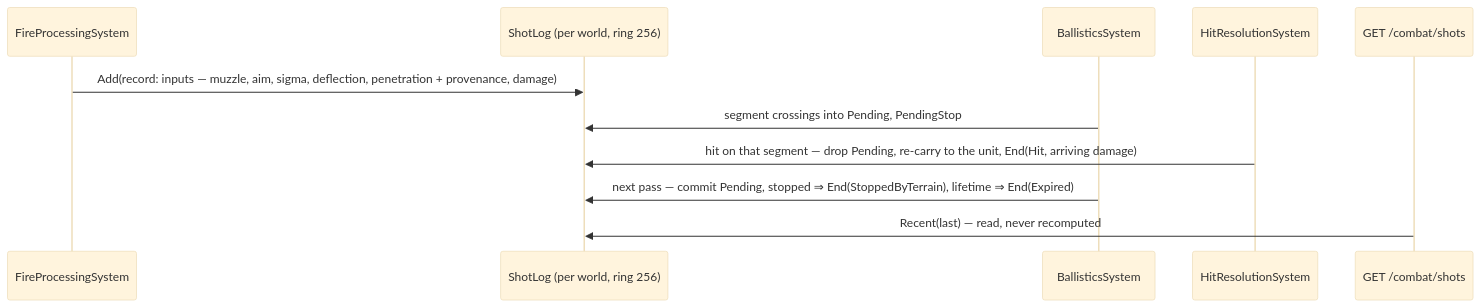
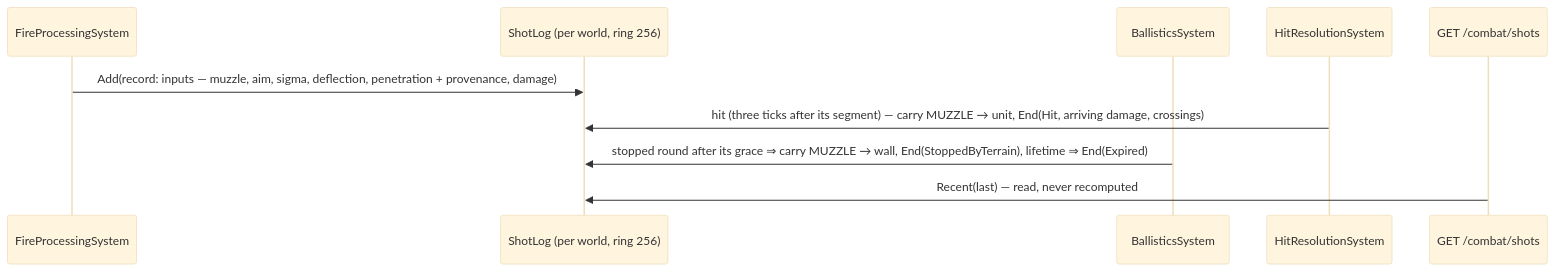
One commit to pjanec/HROT changed the seventh of 7 diagrams in docs/DESIGN_Terrain_Combat_Tuning.md. Above: the diagram before and after it, drawn with Mermaid (base theme). The commit also changed other lines of this file and 10 other files, not shown here.

````diff
--- a/docs/DESIGN_Terrain_Combat_Tuning.md
+++ b/docs/DESIGN_Terrain_Combat_Tuning.md
@@ -291,13 +291,12 @@
 ```mermaid
 sequenceDiagram
     participant F as FireProcessingSystem
     participant L as ShotLog (per world, ring 256)
     participant B as BallisticsSystem
     participant H as HitResolutionSystem
     participant API as GET /combat/shots
     F->>L: Add(record: inputs — muzzle, aim, sigma, deflection, penetration + provenance, damage)
-    B->>L: segment crossings into Pending, PendingStop
-    H->>L: hit on that segment — drop Pending, re-carry to the unit, End(Hit, arriving damage)
-    B->>L: next pass — commit Pending, stopped ⇒ End(StoppedByTerrain), lifetime ⇒ End(Expired)
+    H->>L: hit (three ticks after its segment) — carry MUZZLE → unit, End(Hit, arriving damage, crossings)
+    B->>L: stopped round after its grace ⇒ carry MUZZLE → wall, End(StoppedByTerrain), lifetime ⇒ End(Expired)
     API->>L: Recent(last) — read, never recomputed
 ```
````
